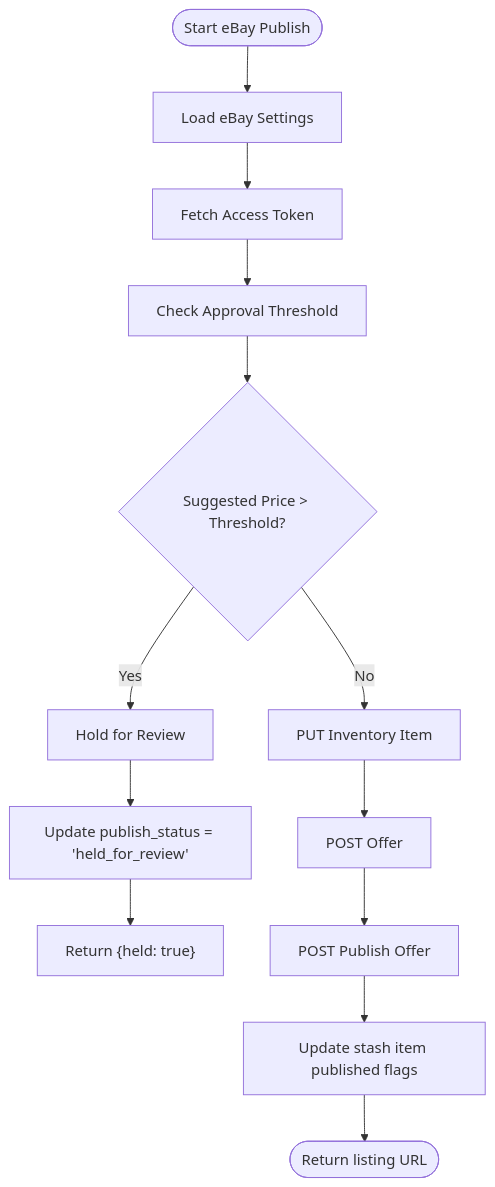
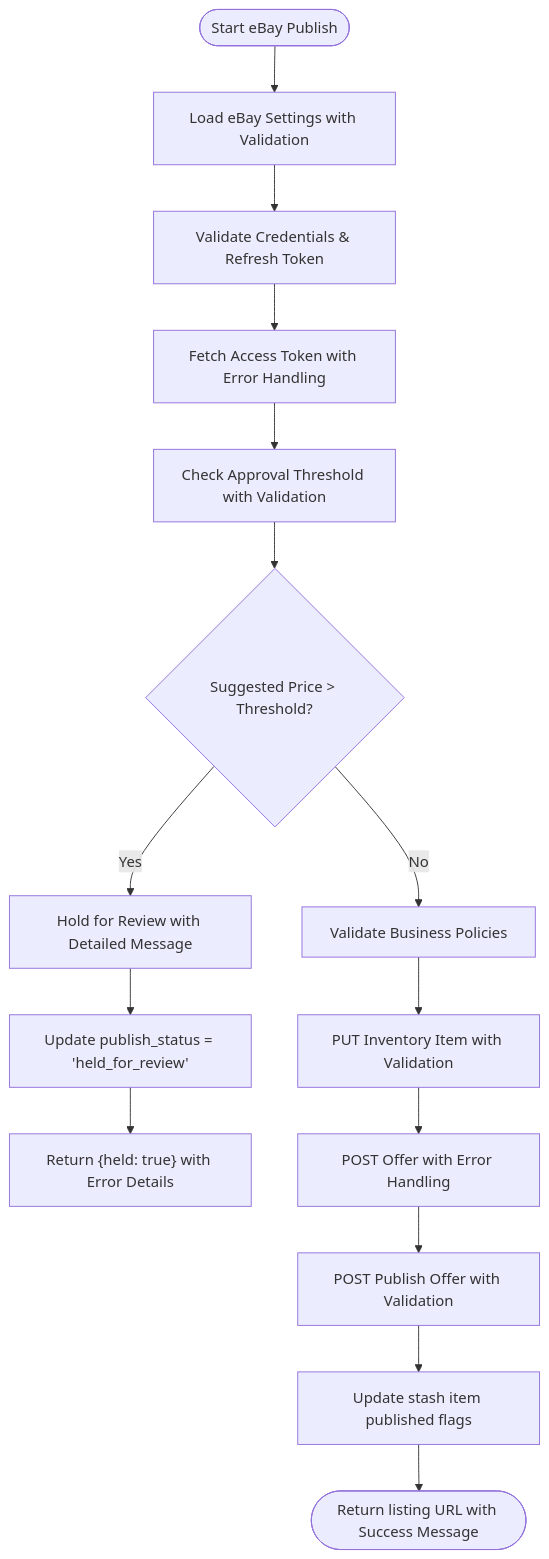
Before and after one commit to hunglevi87/Hidden-Gem: the third of 6 diagrams in .qoder/repowiki/en/content/Marketplace Integration/Marketplace Integration.md, drawn with Mermaid. The commit also changed other lines of this file and 14 other files, not shown here.

````diff
--- a/.qoder/repowiki/en/content/Marketplace Integration/Marketplace Integration.md
+++ b/.qoder/repowiki/en/content/Marketplace Integration/Marketplace Integration.md
@@ -229,15 +244,17 @@
 ```mermaid
 flowchart TD
-Start(["Start eBay Publish"]) --> LoadCreds["Load eBay Settings"]
-LoadCreds --> Token["Fetch Access Token"]
-Token --> CheckApproval["Check Approval Threshold"]
+Start(["Start eBay Publish"]) --> LoadCreds["Load eBay Settings with Validation"]
+LoadCreds --> ValidateCreds["Validate Credentials & Refresh Token"]
+ValidateCreds --> Token["Fetch Access Token with Error Handling"]
+Token --> CheckApproval["Check Approval Threshold with Validation"]
 CheckApproval --> Exceeds{"Suggested Price > Threshold?"}
-Exceeds --> |Yes| HoldForReview["Hold for Review"]
+Exceeds --> |Yes| HoldForReview["Hold for Review with Detailed Message"]
 HoldForReview --> UpdateStatus["Update publish_status = 'held_for_review'"]
-UpdateStatus --> ReturnHeld["Return {held: true}"]
-Exceeds --> |No| CreateInv["PUT Inventory Item"]
-CreateInv --> CreateOffer["POST Offer"]
-CreateOffer --> Publish["POST Publish Offer"]
+UpdateStatus --> ReturnHeld["Return {held: true} with Error Details"]
+Exceeds --> |No| ValidateBusinessPolicies["Validate Business Policies"]
+ValidateBusinessPolicies --> CreateInv["PUT Inventory Item with Validation"]
+CreateInv --> CreateOffer["POST Offer with Error Handling"]
+CreateOffer --> Publish["POST Publish Offer with Validation"]
 Publish --> UpdateDB["Update stash item published flags"]
-UpdateDB --> Done(["Return listing URL"])
+UpdateDB --> Done(["Return listing URL with Success Message"])
 ```
````
